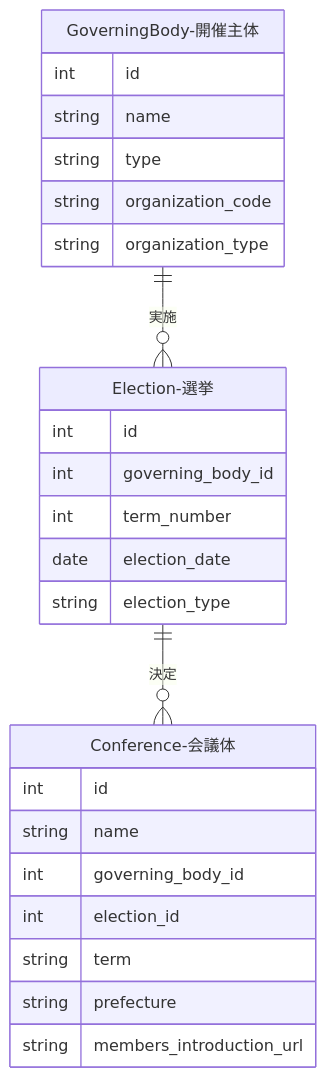
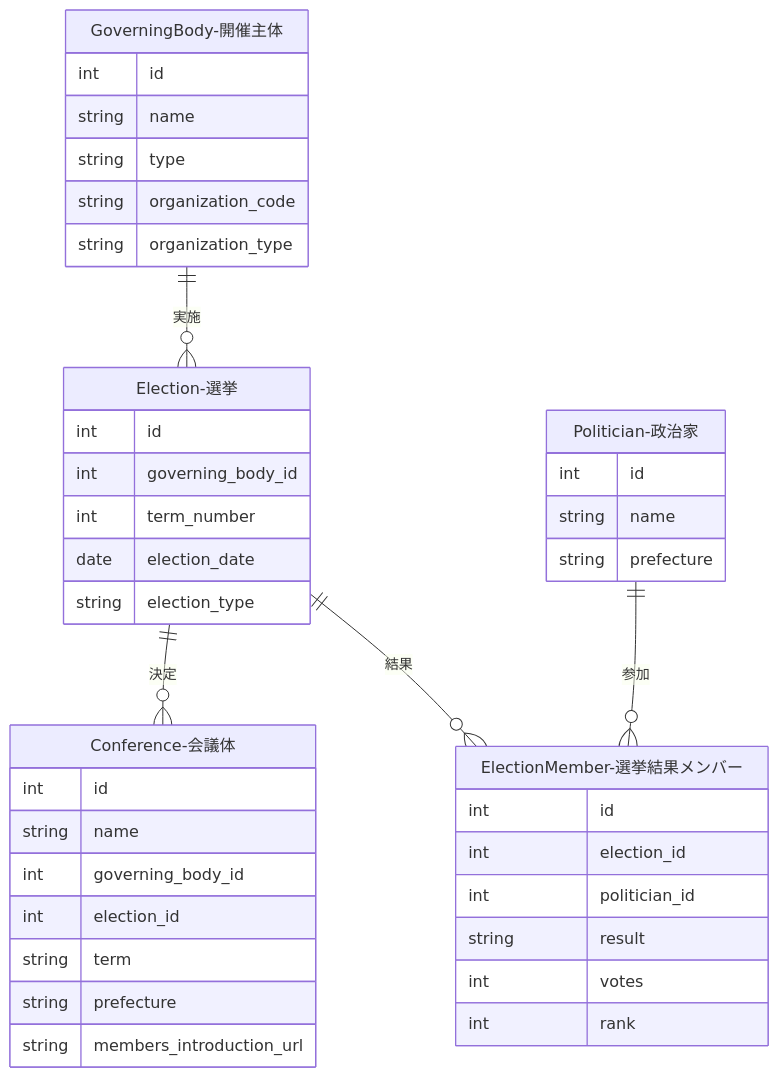
Before and after one commit to sage-base/corporation-docs: the diagram in docs/development/data-creation/election.md, drawn with Mermaid. The commit also changed other lines of this file and 3 other files, not shown here.

````diff
--- a/docs/development/data-creation/election.md
+++ b/docs/development/data-creation/election.md
@@ -23,31 +23,48 @@
 ```mermaid
 erDiagram
     GoverningBody-開催主体 ||--o{ Election-選挙 : "実施"
     Election-選挙 ||--o{ Conference-会議体 : "決定"
+    Election-選挙 ||--o{ ElectionMember-選挙結果メンバー : "結果"
+    Politician-政治家 ||--o{ ElectionMember-選挙結果メンバー : "参加"
 
     GoverningBody-開催主体 {
         int id
         string name
         string type
         string organization_code
         string organization_type
     }
 
     Election-選挙 {
         int id
         int governing_body_id
         int term_number
         date election_date
         string election_type
     }
 
+    ElectionMember-選挙結果メンバー {
+        int id
+        int election_id
+        int politician_id
+        string result
+        int votes
+        int rank
+    }
+
     Conference-会議体 {
         int id
         string name
         int governing_body_id
         int election_id
         string term
         string prefecture
         string members_introduction_url
     }
+
+    Politician-政治家 {
+        int id
+        string name
+        string prefecture
+    }
 ```
````
